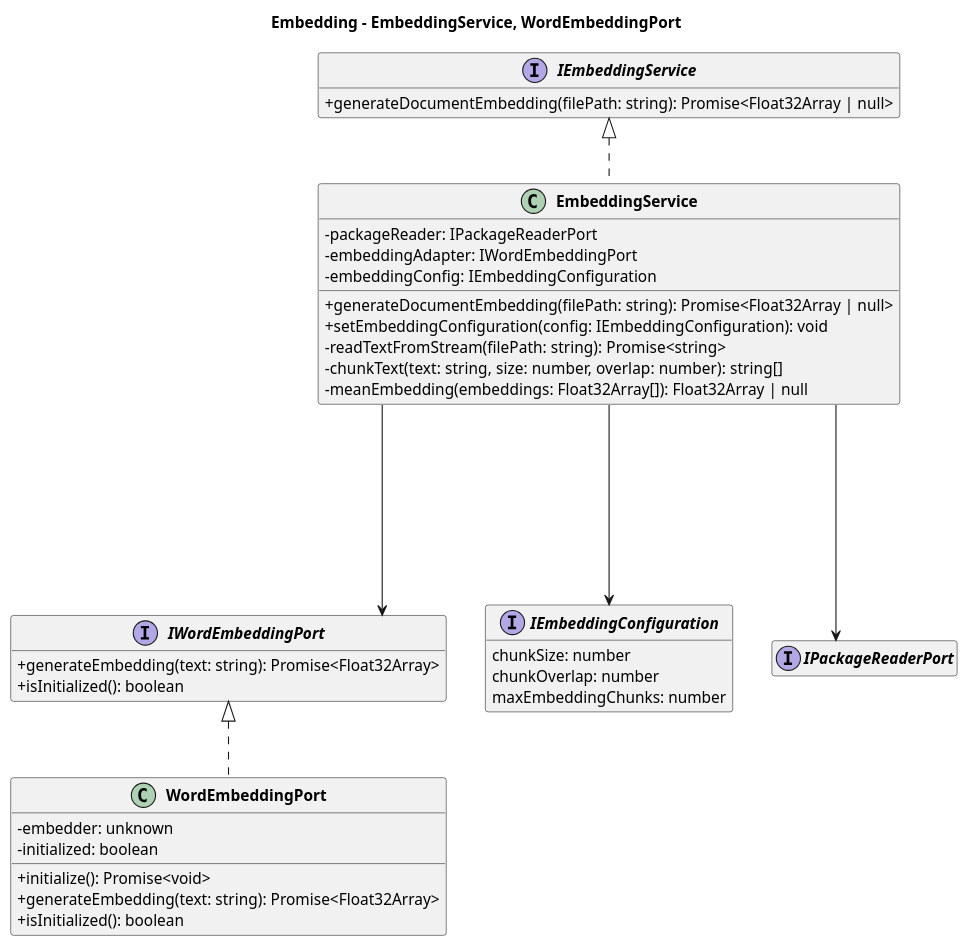
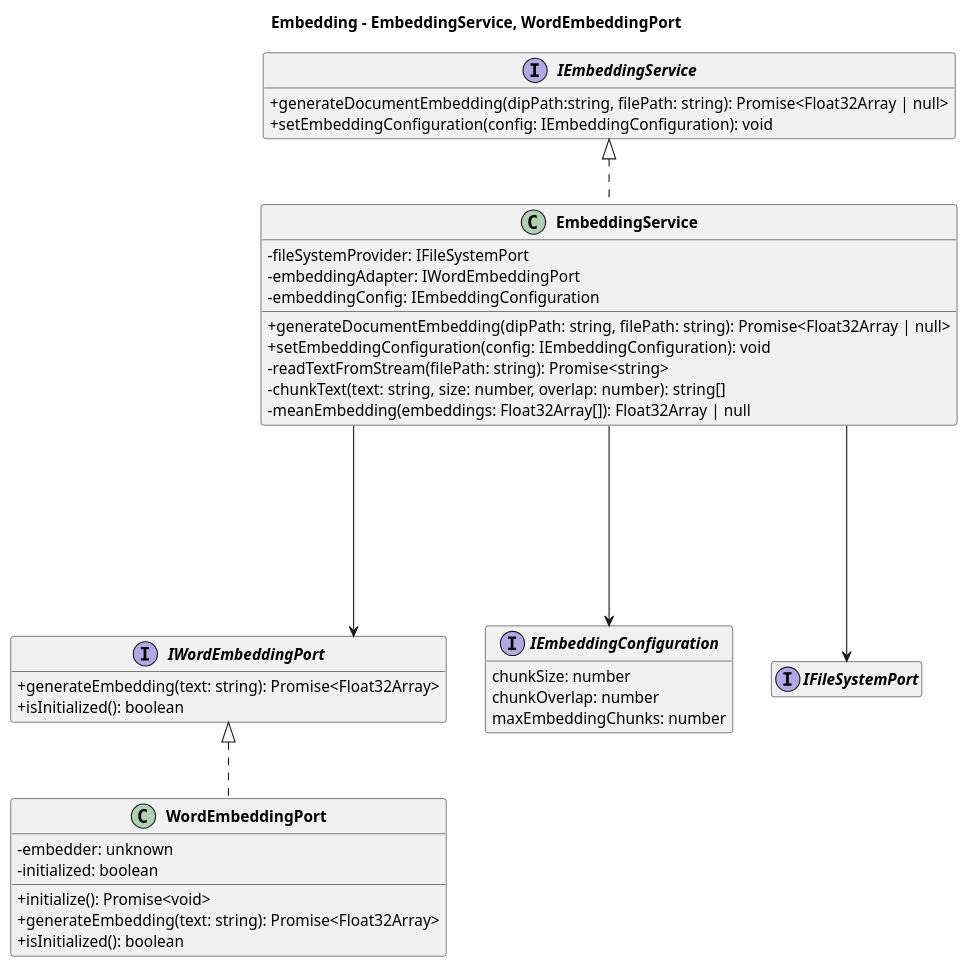
One commit to 7-ZPUs/Docs changed the diagram in 3_PB/DocumentiEsterni/DiagrammiSpecificaTecnica/C4/C4_Embedding.puml. Above: the diagram before and after it, drawn with PlantUML. The commit also changed 13 other files, not shown here.

```diff
--- a/3_PB/DocumentiEsterni/DiagrammiSpecificaTecnica/C4/C4_Embedding.puml
+++ b/3_PB/DocumentiEsterni/DiagrammiSpecificaTecnica/C4/C4_Embedding.puml
@@ -1,57 +1,58 @@
 @startuml Class Diagram - Vertical Flow
 
 ' Impostazioni estetiche
 skinparam classAttributeIconSize 0
 skinparam classFontStyle bold
 skinparam packageStyle rectangle
 ' Linetype ortho a volte crea percorsi strani in verticale, 
 ' se preferisci linee curve rimuovi la riga sotto.
 skinparam linetype ortho
 hide empty members
 
 title Embedding - EmbeddingService, WordEmbeddingPort
 
 interface IEmbeddingService {
-  + generateDocumentEmbedding(filePath: string): Promise<Float32Array | null>
+  + generateDocumentEmbedding(dipPath:string, filePath: string): Promise<Float32Array | null>
+  + setEmbeddingConfiguration(config: IEmbeddingConfiguration): void
 }
 
 class EmbeddingService {
-  - packageReader: IPackageReaderPort
+  - fileSystemProvider: IFileSystemPort
   - embeddingAdapter: IWordEmbeddingPort
   - embeddingConfig: IEmbeddingConfiguration
-  + generateDocumentEmbedding(filePath: string): Promise<Float32Array | null>
+  + generateDocumentEmbedding(dipPath: string, filePath: string): Promise<Float32Array | null>
   + setEmbeddingConfiguration(config: IEmbeddingConfiguration): void
   - readTextFromStream(filePath: string): Promise<string>
   - chunkText(text: string, size: number, overlap: number): string[]
   - meanEmbedding(embeddings: Float32Array[]): Float32Array | null
 }
 
 interface IWordEmbeddingPort {
   + generateEmbedding(text: string): Promise<Float32Array>
   + isInitialized(): boolean
 }
 
 interface IEmbeddingConfiguration {
   chunkSize: number
   chunkOverlap: number
   maxEmbeddingChunks: number
 }
 
 class WordEmbeddingPort {
   - embedder: unknown
   - initialized: boolean
   + initialize(): Promise<void>
   + generateEmbedding(text: string): Promise<Float32Array>
   + isInitialized(): boolean
 }
 
-interface IPackageReaderPort
+interface IFileSystemPort
 
 ' Relazioni forzate verticalmente
 IEmbeddingService <|.. EmbeddingService
-EmbeddingService --down--> IPackageReaderPort
+EmbeddingService --down--> IFileSystemPort
 EmbeddingService --down--> IWordEmbeddingPort
 IWordEmbeddingPort <|.. WordEmbeddingPort
 EmbeddingService --down--> IEmbeddingConfiguration
 
 @enduml
```
